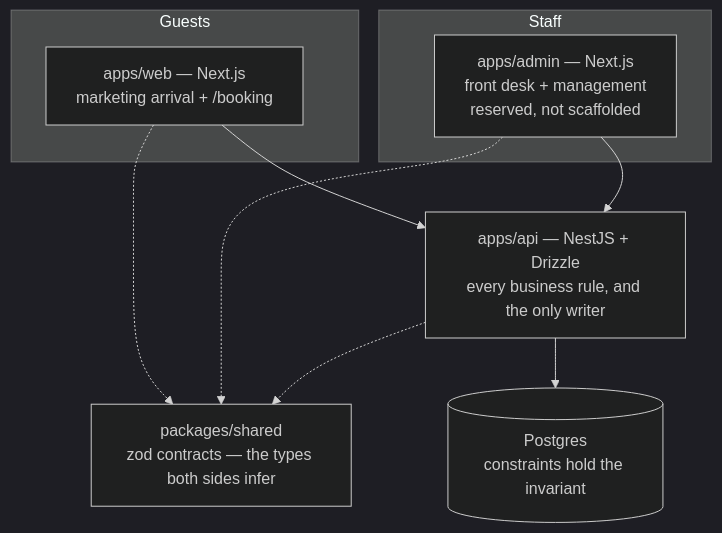
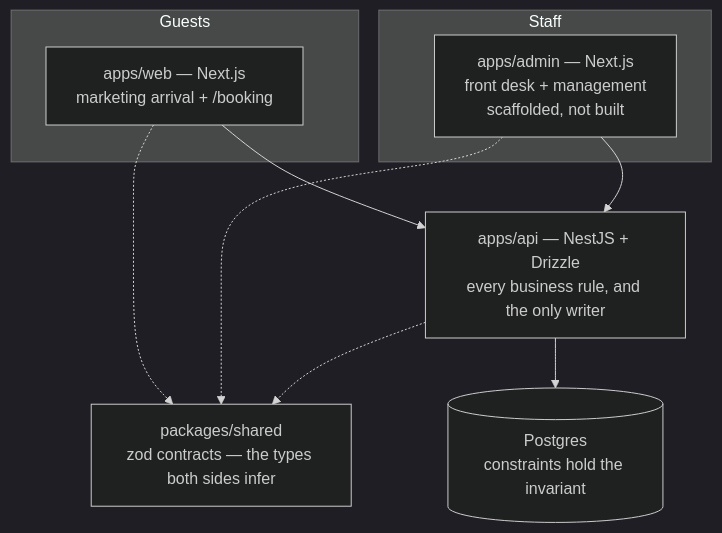
Before and after one commit to 2351010154/resort-management: the diagram in README.md, drawn with Mermaid (dark theme). The commit also changed other lines of this file and 2 other files, not shown here.

First line of the commit message:
docs(admin): document the console's environment and its half of the CORS pair

````diff
--- a/README.md
+++ b/README.md
@@ -70,19 +70,19 @@
 ```mermaid
 flowchart TD
     subgraph guests[Guests]
         web["apps/web — Next.js<br/>marketing arrival + /booking"]
     end
     subgraph staff[Staff]
-        admin["apps/admin — Next.js<br/>front desk + management<br/>reserved, not scaffolded"]
+        admin["apps/admin — Next.js<br/>front desk + management<br/>scaffolded, not built"]
     end
     contract["packages/shared<br/>zod contracts — the types both sides infer"]
     api["apps/api — NestJS + Drizzle<br/>every business rule, and the only writer"]
     db[("Postgres<br/>constraints hold the invariant")]
 
     web --> api
     admin --> api
     web -.-> contract
     admin -.-> contract
     api -.-> contract
     api --> db
 ```
````
